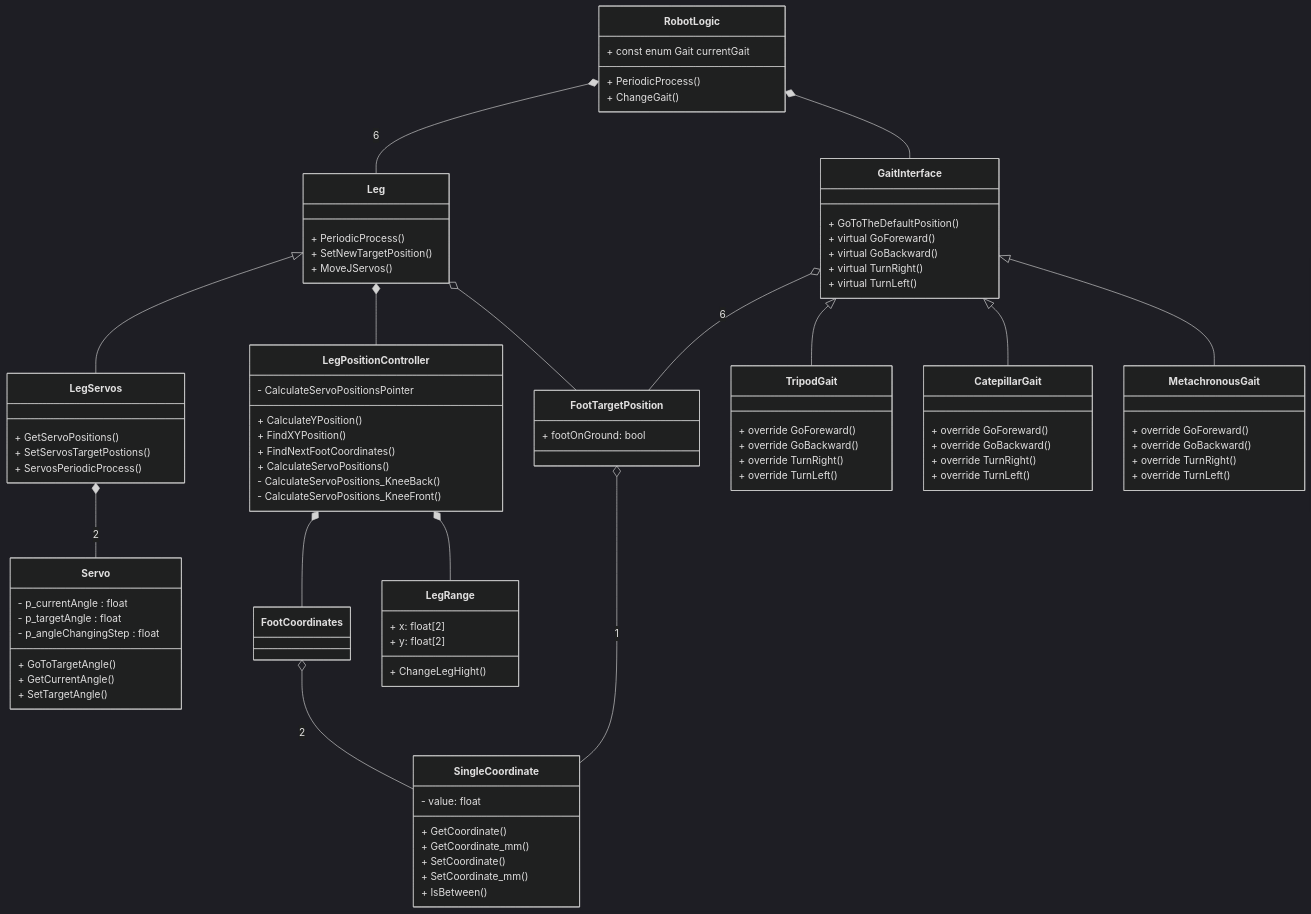
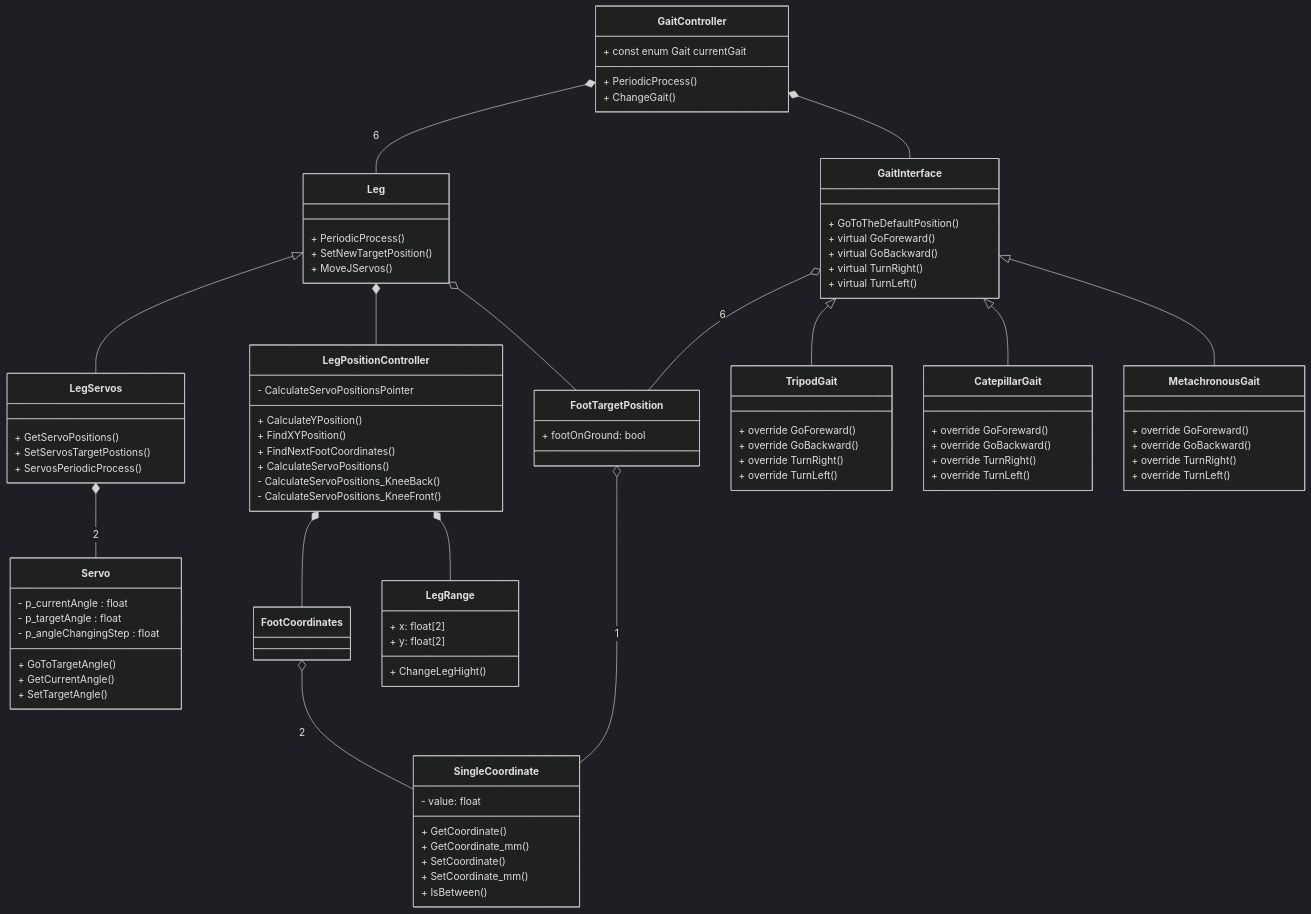
The first of 2 diagrams in README.md (putzio/Hexapod-2.0), drawn with Mermaid (dark theme) before and after one commit. The commit also changed other lines of this file and 4 other files, not shown here.

Commit message:
DefaultPosition avaliable from the gaitController

````diff
--- a/README.md
+++ b/README.md
@@ -6,7 +7,7 @@
 ```mermaid
 classDiagram
-    %%Logic classes relations:     
-    LegServos *-- Servo:2 
+    %%Logic classes relations:
+    LegServos *-- Servo:2
     FootCoordinates o-- SingleCoordinate:2
     FootTargetPosition o-- SingleCoordinate:1
 
@@ -16,14 +17,14 @@
     Leg <|-- LegServos
     Leg *-- LegPositionController
     Leg o-- FootTargetPosition
-    
+
     GaitInterface <|-- TripodGait
     GaitInterface <|-- CatepillarGait
     GaitInterface <|-- MetachronousGait
     GaitInterface o-- FootTargetPosition: 6
 
-    RobotLogic *-- Leg:6
-    RobotLogic *-- GaitInterface
+    GaitController *-- Leg:6
+    GaitController *-- GaitInterface
 
     %%Logic classes:
     class Servo{
@@ -105,7 +106,7 @@
         + override TurnLeft()
     }
 
-    class RobotLogic{
+    class GaitController{
         + const enum Gait currentGait
 
         + PeriodicProcess()
````
